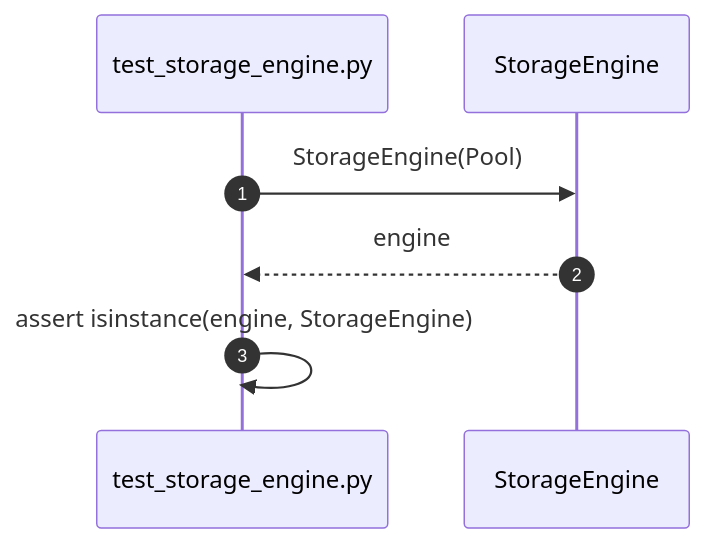
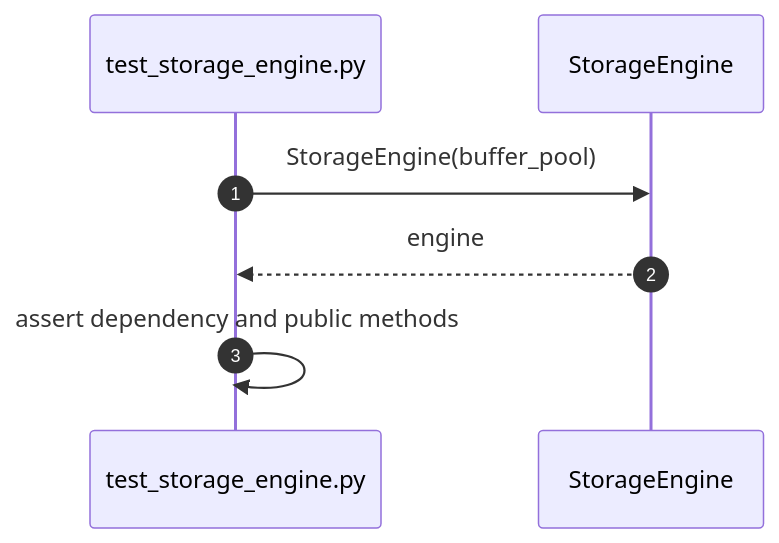
One commit to taitran501/DBMS changed diagram 52 of 56 in diagrams/sequence/storage_engine.md. Above: the diagram before and after it, drawn with Mermaid. The commit also changed other lines of this file and 5 other files, not shown here.

Commit message:
test: define buffer pool and Storage Engine

````diff
--- a/diagrams/sequence/storage_engine.md
+++ b/diagrams/sequence/storage_engine.md
@@ -857,10 +857,10 @@
 ```mermaid
 sequenceDiagram
     autonumber
     participant Test as test_storage_engine.py
     participant SUT as StorageEngine
 
-    Test->>SUT: StorageEngine(Pool)
+    Test->>SUT: StorageEngine(buffer_pool)
     SUT-->>Test: engine
-    Test->>Test: assert isinstance(engine, StorageEngine)
+    Test->>Test: assert dependency and public methods
 ```
````
